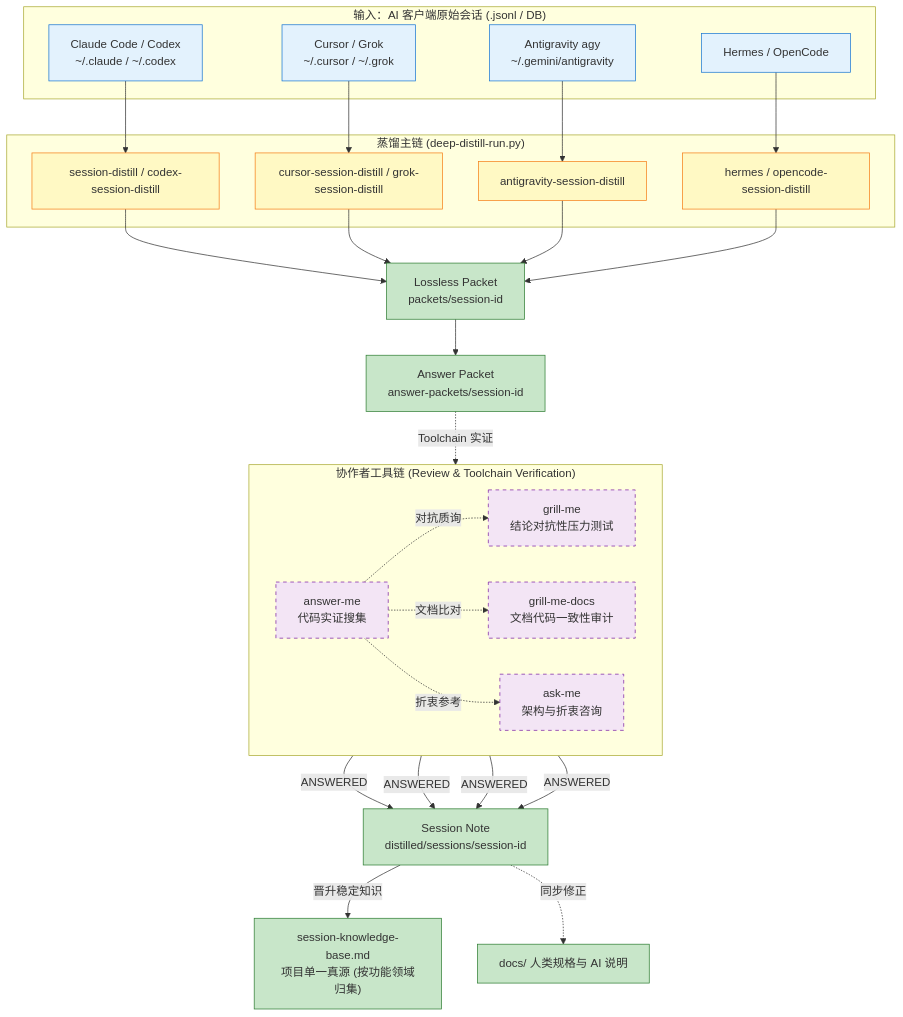
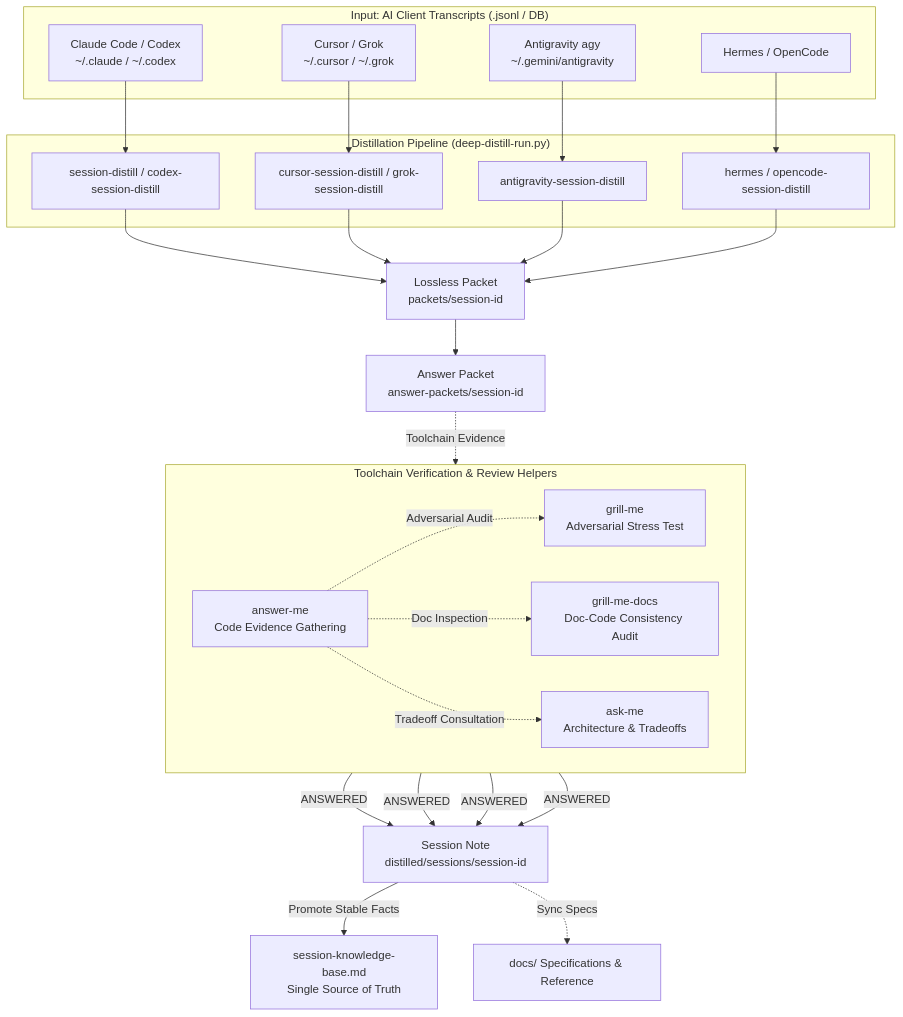
Before and after one commit to manhua-man/session-distill-skills: the diagram in README.md, drawn with Mermaid. The commit also changed other lines of this file and 1 other file, not shown here.

````diff
--- a/README.md
+++ b/README.md
@@ -7,55 +9,46 @@
 ```mermaid
 flowchart TD
-    subgraph SRC["输入：AI 客户端原始会话 (.jsonl / DB)"]
+    subgraph SRC["Input: AI Client Transcripts (.jsonl / DB)"]
         S1["Claude Code / Codex<br/>~/.claude / ~/.codex"]
         S2["Cursor / Grok<br/>~/.cursor / ~/.grok"]
         S3["Antigravity agy<br/>~/.gemini/antigravity"]
         S4["Hermes / OpenCode"]
     end
 
-    subgraph DISTILL["蒸馏主链 (deep-distill-run.py)"]
+    subgraph DISTILL["Distillation Pipeline (deep-distill-run.py)"]
         D1["session-distill / codex-session-distill"]
         D2["cursor-session-distill / grok-session-distill"]
         D3["antigravity-session-distill"]
         D4["hermes / opencode-session-distill"]
     end
 
     PKT["Lossless Packet<br/>packets/session-id"]
     APKT["Answer Packet<br/>answer-packets/session-id"]
     NOTE["Session Note<br/>distilled/sessions/session-id"]
 
-    subgraph HELPERS["协作者工具链 (Review & Toolchain Verification)"]
+    subgraph HELPERS["Toolchain Verification & Review Helpers"]
         direction LR
-        H1["answer-me<br/>代码实证搜集"]
-        H2["grill-me<br/>结论对抗性压力测试"]
-        H3["grill-me-docs<br/>文档代码一致性审计"]
-        H4["ask-me<br/>架构与折衷咨询"]
+        H1["answer-me<br/>Code Evidence Gathering"]
+        H2["grill-me<br/>Adversarial Stress Test"]
+        H3["grill-me-docs<br/>Doc-Code Consistency Audit"]
+        H4["ask-me<br/>Architecture & Tradeoffs"]
     end
 
-    KB["session-knowledge-base.md<br/>项目单一真源 (按功能领域归集)"]
-    DOCS["docs/ 人类规格与 AI 说明"]
+    KB["session-knowledge-base.md<br/>Single Source of Truth"]
+    DOCS["docs/ Specifications & Reference"]
 
     S1 --> D1
     S2 --> D2
     S3 --> D3
     S4 --> D4
 
     D1 & D2 & D3 & D4 --> PKT
     PKT --> APKT
-    APKT -.Toolchain 实证.-> H1
-    H1 -.对抗质询.-> H2
-    H1 -.文档比对.-> H3
-    H1 -.折衷参考.-> H4
+    APKT -.Toolchain Evidence.-> H1
+    H1 -.Adversarial Audit.-> H2
+    H1 -.Doc Inspection.-> H3
+    H1 -.Tradeoff Consultation.-> H4
     H1 & H2 & H3 & H4 -->|ANSWERED| NOTE
-    NOTE -->|晋升稳定知识| KB
-    NOTE -.同步修正.-> DOCS
-
-    classDef src fill:#e3f2fd,stroke:#1976d2
-    classDef main fill:#fff9c4,stroke:#f57f17
-    classDef helper fill:#f3e5f5,stroke:#7b1fa2,stroke-dasharray: 5 5
-    classDef store fill:#c8e6c9,stroke:#2e7d32
-    class S1,S2,S3,S4 src
-    class D1,D2,D3,D4 main
-    class H1,H2,H3,H4 helper
-    class PKT,APKT,NOTE,KB,DOCS store
+    NOTE -->|Promote Stable Facts| KB
+    NOTE -.Sync Specs.-> DOCS
 ```
````
